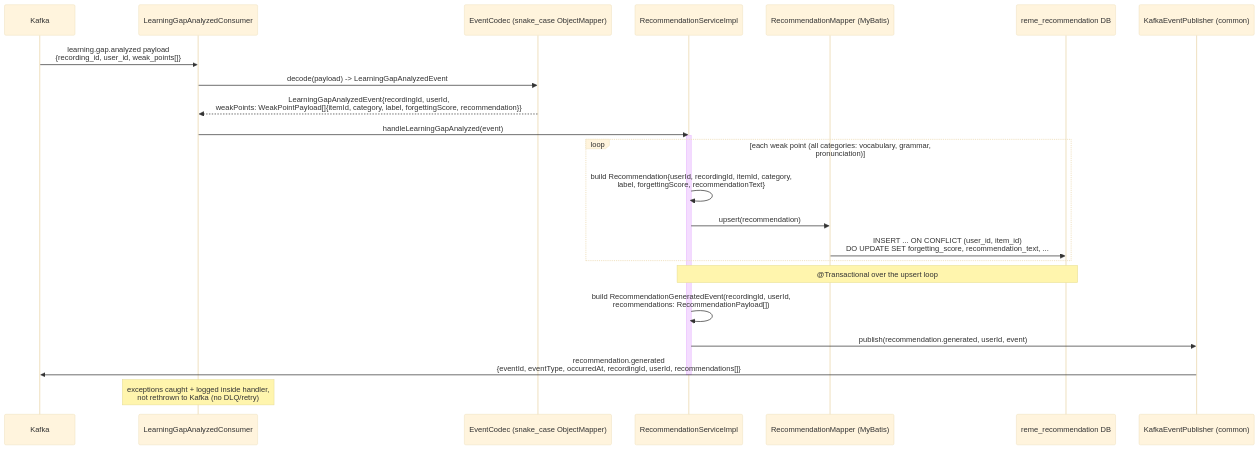
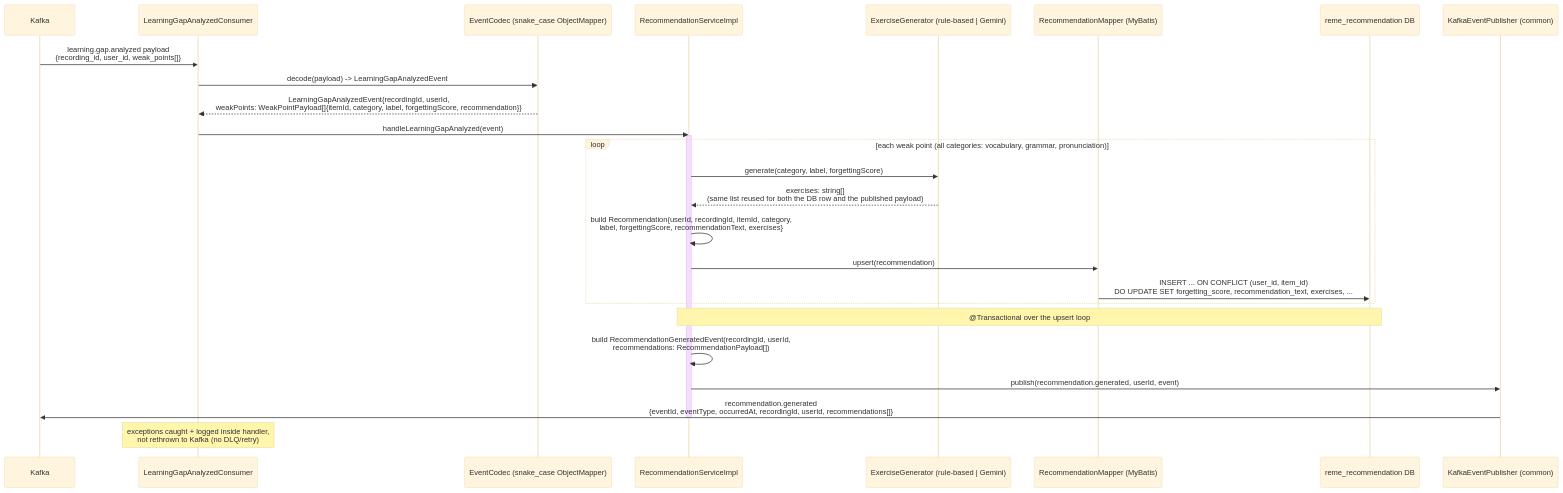
The diagram in docs/sequence/Recommendation_service/learning-gap-analyzed.md (CuongNguyen13/RemeLearning), drawn with Mermaid before and after one commit. The commit also changed other lines of this file and 239 other files, not shown here.

````diff
--- a/docs/sequence/Recommendation_service/learning-gap-analyzed.md
+++ b/docs/sequence/Recommendation_service/learning-gap-analyzed.md
@@ -12,36 +17,39 @@
 ```mermaid
 ---
 config:
   theme: base
   themeVariables:
     background: '#ffffff'
 ---
 sequenceDiagram
     participant Kafka
     participant Consumer as LearningGapAnalyzedConsumer
     participant Codec as EventCodec (snake_case ObjectMapper)
     participant Svc as RecommendationServiceImpl
+    participant Gen as ExerciseGenerator (rule-based | Gemini)
     participant Mapper as RecommendationMapper (MyBatis)
     participant DB as reme_recommendation DB
     participant Publisher as KafkaEventPublisher (common)
 
     Kafka->>Consumer: learning.gap.analyzed payload<br/>{recording_id, user_id, weak_points[]}
     Consumer->>Codec: decode(payload) -> LearningGapAnalyzedEvent
     Codec-->>Consumer: LearningGapAnalyzedEvent{recordingId, userId,<br/>weakPoints: WeakPointPayload[]{itemId, category, label, forgettingScore, recommendation}}
 
     Consumer->>Svc: handleLearningGapAnalyzed(event)
     activate Svc
     loop each weak point (all categories: vocabulary, grammar, pronunciation)
-        Svc->>Svc: build Recommendation{userId, recordingId, itemId, category,<br/>label, forgettingScore, recommendationText}
+        Svc->>Gen: generate(category, label, forgettingScore)
+        Gen-->>Svc: exercises: string[]<br/>(same list reused for both the DB row and the published payload)
+        Svc->>Svc: build Recommendation{userId, recordingId, itemId, category,<br/>label, forgettingScore, recommendationText, exercises}
         Svc->>Mapper: upsert(recommendation)
-        Mapper->>DB: INSERT ... ON CONFLICT (user_id, item_id)<br/>DO UPDATE SET forgetting_score, recommendation_text, ...
+        Mapper->>DB: INSERT ... ON CONFLICT (user_id, item_id)<br/>DO UPDATE SET forgetting_score, recommendation_text, exercises, ...
     end
     Note over Svc,DB: @Transactional over the upsert loop
 
     Svc->>Svc: build RecommendationGeneratedEvent(recordingId, userId,<br/>recommendations: RecommendationPayload[])
     Svc->>Publisher: publish(recommendation.generated, userId, event)
     Publisher->>Kafka: recommendation.generated<br/>{eventId, eventType, occurredAt, recordingId, userId, recommendations[]}
     deactivate Svc
 
     Note over Consumer: exceptions caught + logged inside handler,<br/>not rethrown to Kafka (no DLQ/retry)
 ```
````
